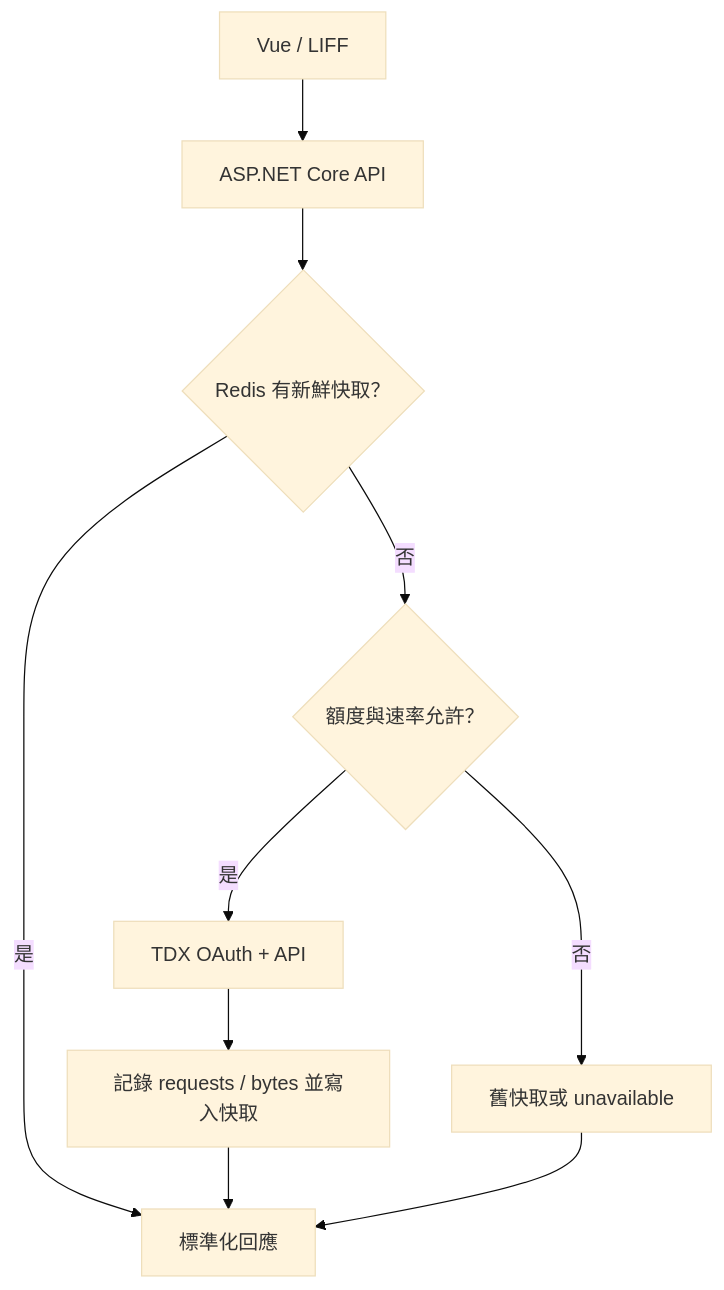
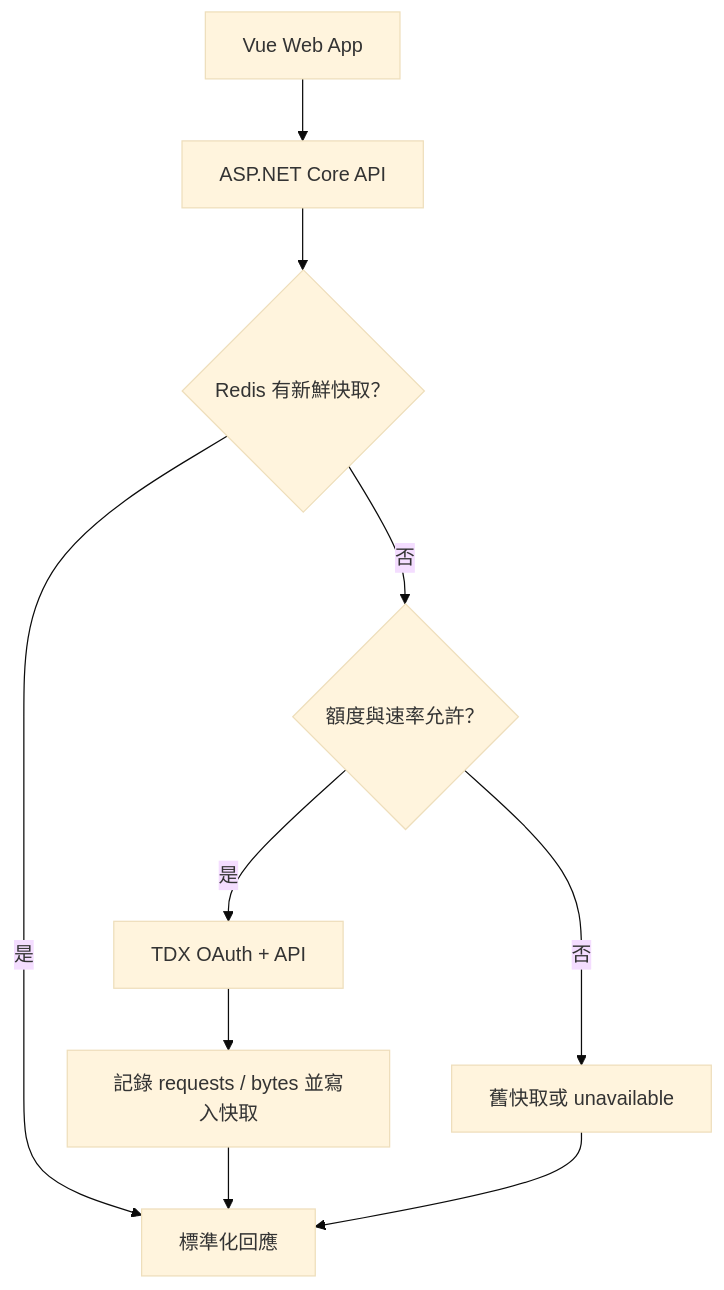
The diagram in docs/TDX_INTEGRATION.md (YI-CHENLIN1204/travel-info-assistant), drawn with Mermaid (base theme) before and after one commit.

Commit message:
docs: align TDX architecture diagram with web app direction

````diff
--- a/docs/TDX_INTEGRATION.md
+++ b/docs/TDX_INTEGRATION.md
@@ -9,12 +9,12 @@
 ```mermaid
 flowchart TD
-    U["Vue / LIFF"] --> A["ASP.NET Core API"]
+    U["Vue Web App"] --> A["ASP.NET Core API"]
     A --> C{"Redis 有新鮮快取？"}
     C -- 是 --> R["標準化回應"]
     C -- 否 --> Q{"額度與速率允許？"}
     Q -- 是 --> T["TDX OAuth + API"]
     T --> W["記錄 requests / bytes 並寫入快取"]
     W --> R
     Q -- 否 --> S["舊快取或 unavailable"]
     S --> R
 ```
````
